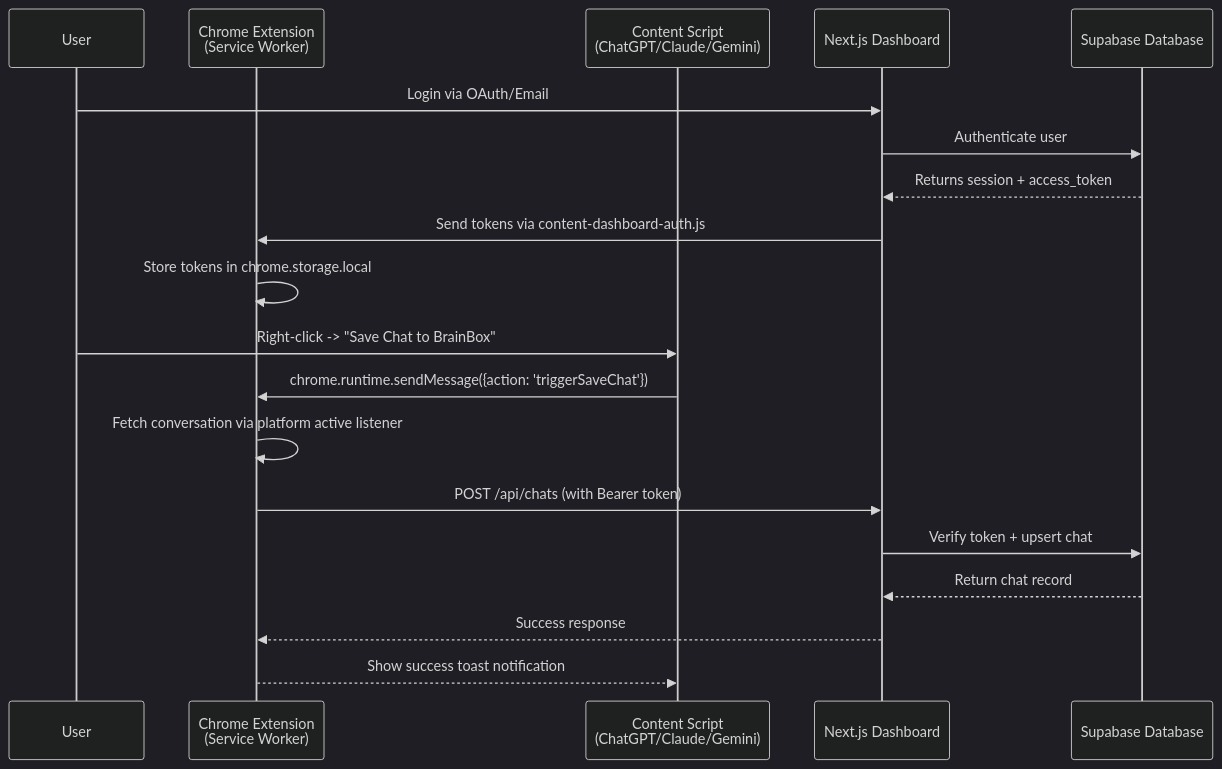
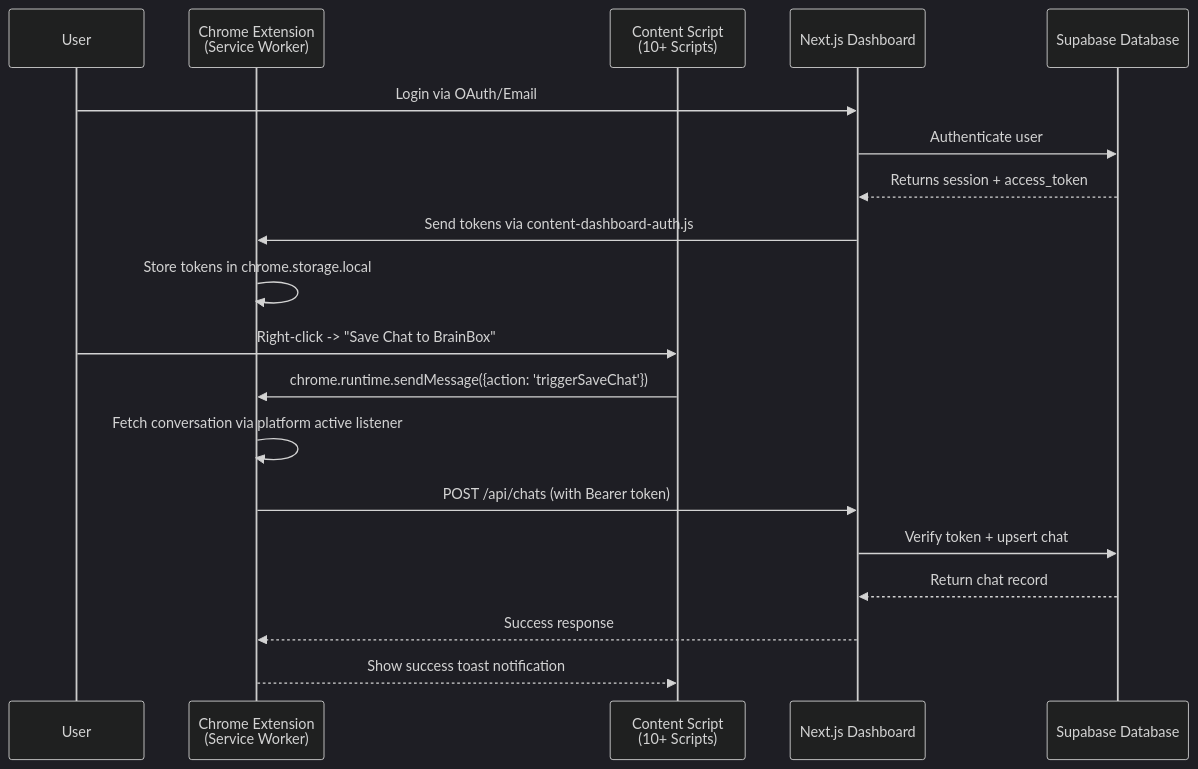
Before and after one commit to HackamViGo/Chat-Organizer: the first of 3 diagrams in docs/technical/SYNC_PROTOCOL.md, drawn with Mermaid (dark theme). The commit also changed other lines of this file and 5 other files, not shown here.

````diff
--- a/docs/technical/SYNC_PROTOCOL.md
+++ b/docs/technical/SYNC_PROTOCOL.md
@@ -15,23 +15,23 @@
 ```mermaid
 sequenceDiagram
     participant User
     participant Extension as Chrome Extension<br/>(Service Worker)
-    participant ContentScript as Content Script<br/>(ChatGPT/Claude/Gemini)
+    participant ContentScript as Content Script<br/>(10+ Scripts)
     participant Dashboard as Next.js Dashboard
     participant Supabase as Supabase Database
 
     User->>Dashboard: Login via OAuth/Email
     Dashboard->>Supabase: Authenticate user
     Supabase-->>Dashboard: Returns session + access_token
     Dashboard->>Extension: Send tokens via content-dashboard-auth.js
     Extension->>Extension: Store tokens in chrome.storage.local
 
     User->>ContentScript: Right-click -> "Save Chat to BrainBox"
     ContentScript->>Extension: chrome.runtime.sendMessage({action: 'triggerSaveChat'})
     Extension->>Extension: Fetch conversation via platform active listener
     Extension->>Dashboard: POST /api/chats (with Bearer token)
     Dashboard->>Supabase: Verify token + upsert chat
     Supabase-->>Dashboard: Return chat record
     Dashboard-->>Extension: Success response
     Extension-->>ContentScript: Show success toast notification
 ```
````
